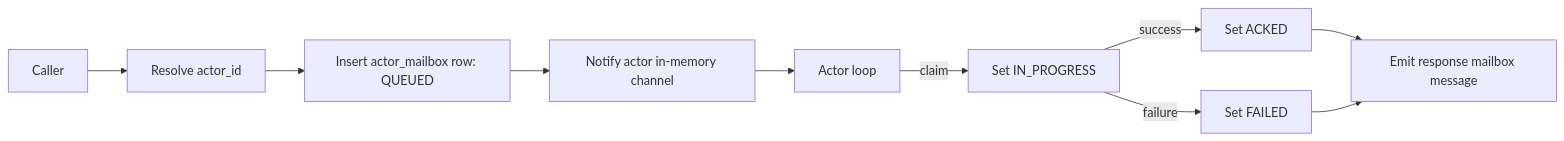
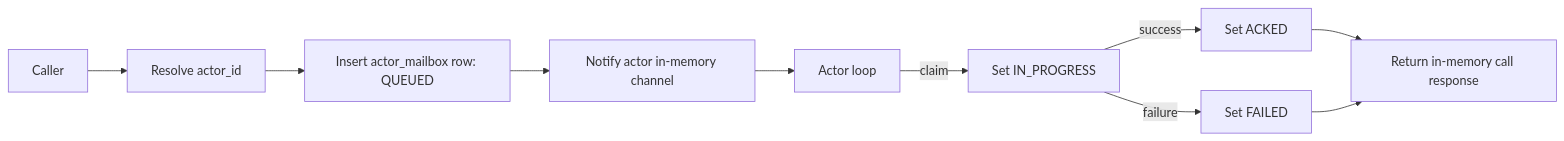
One commit to leostera/agents changed the first of 3 diagrams in docs/rfds/RFD0009-actors.md. Above: the diagram before and after it, drawn with Mermaid. The commit also changed other lines of this file, not shown here.

Commit message:
docs(rfd): align actor call responses and lifecycle states

````diff
--- a/docs/rfds/RFD0009-actors.md
+++ b/docs/rfds/RFD0009-actors.md
@@ -86,12 +108,12 @@
 ```mermaid
 flowchart LR
     C[Caller] --> R[Resolve actor_id]
     R --> E[Insert actor_mailbox row: QUEUED]
     E --> N[Notify actor in-memory channel]
     N --> A[Actor loop]
     A -->|claim| I[Set IN_PROGRESS]
     I -->|success| K[Set ACKED]
     I -->|failure| F[Set FAILED]
-    K --> P[Emit response mailbox message]
+    K --> P[Return in-memory call response]
     F --> P
 ```
````
